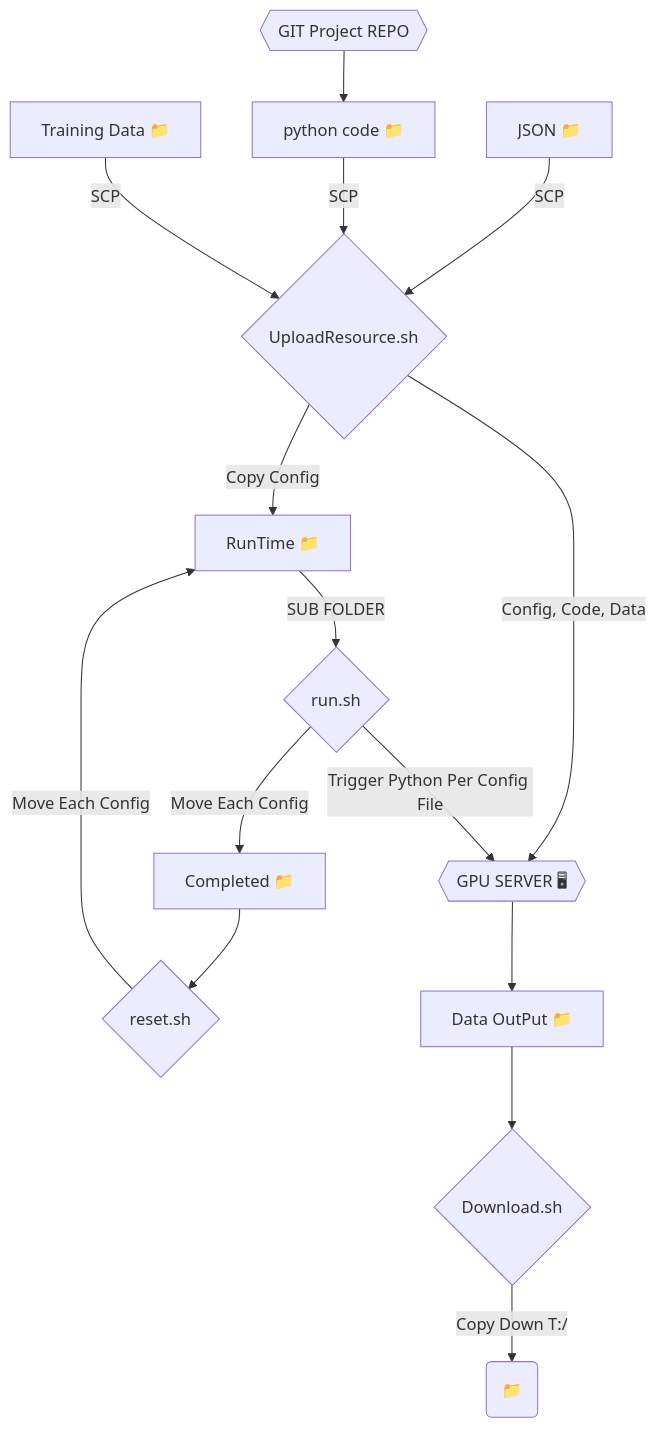
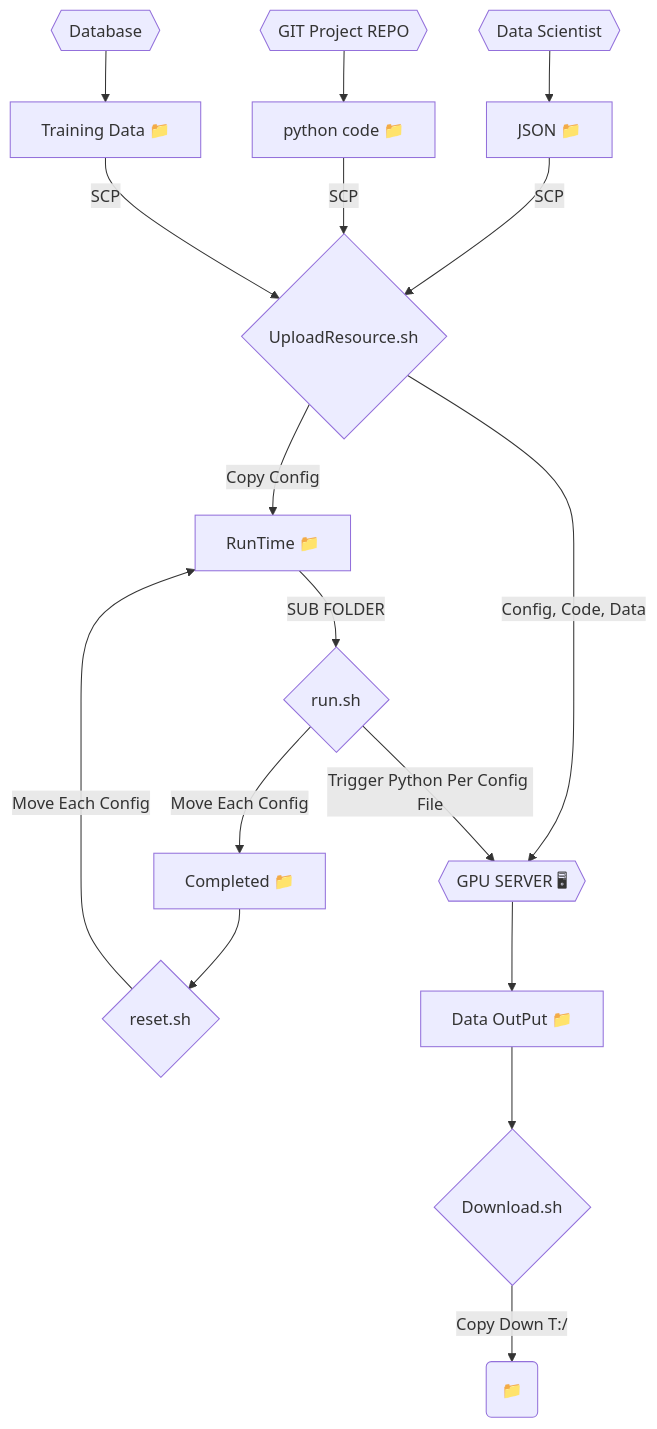
Before and after one commit to hung135/gpu_tasker: the diagram in flow_chart.md, drawn with Mermaid.

````diff
--- a/flow_chart.md
+++ b/flow_chart.md
@@ -2,25 +2,30 @@
 ```mermaid
 graph TD
 
-    AA{{GIT Project REPO}}-->B
+    AA{{GIT Project REPO}}
+    CC{{"Database"}}
+    BB{{"Data Scientist"}}
+    AA-->B
     A["JSON #128193;"] -->|SCP| F
     B -->|SCP| F
     C -->|SCP| F   
     B["python code #128193;"]
+    BB-->A
+    CC-->C
     C["Training Data #128193;"]
     D["RunTime #128193;"] 
     E["Completed #128193;"]-->L
     F{UploadResource.sh}-->|Config, Code, Data|G
     F -->|Copy Config|D
     G{{"GPU SERVER #128421;"}}
     H{run.sh}-->|Move Each Config|E 
     H-->|Trigger Python Per Config File|G 
     D -->|SUB FOLDER| H
     G-->II["Data OutPut #128193;"]-->I
     I{Download.sh}-->|"Copy Down T:/"|J
     J("#128193;")
       L{reset.sh}-->|Move Each Config|D
     
     
     
 ```
````
